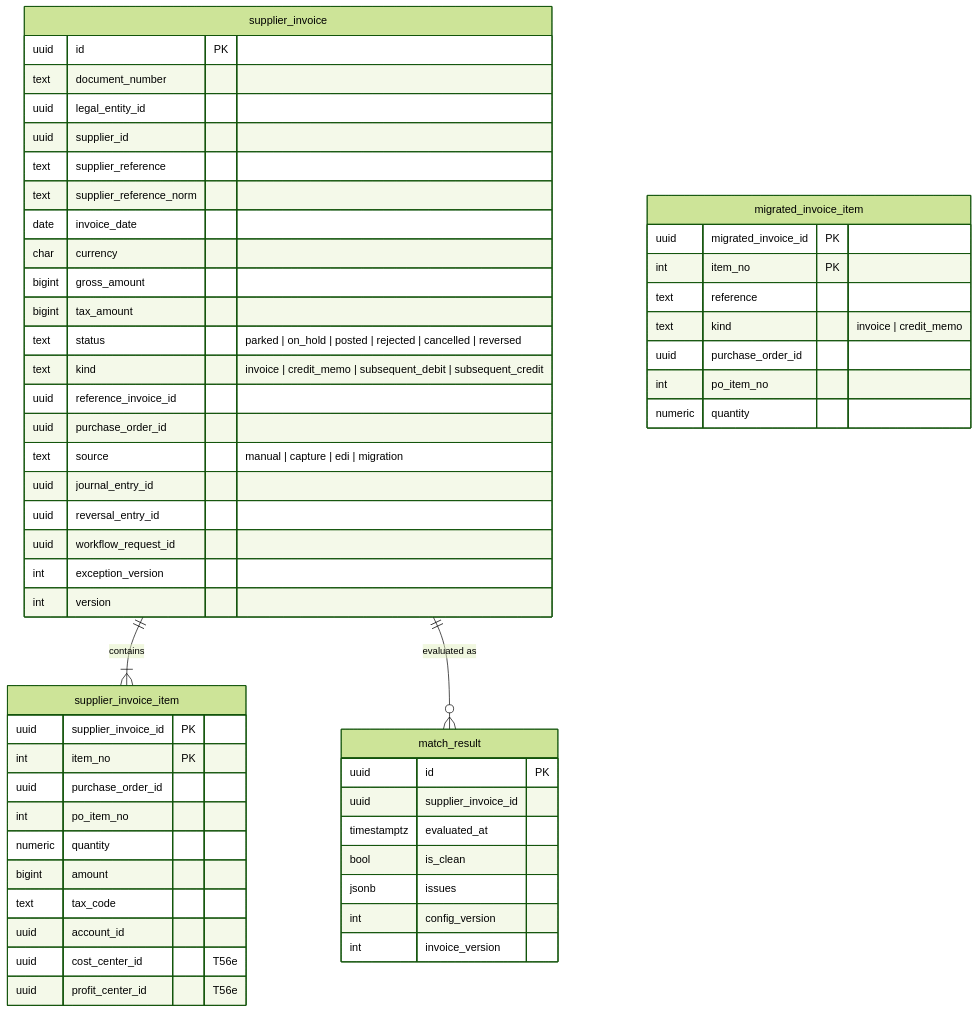
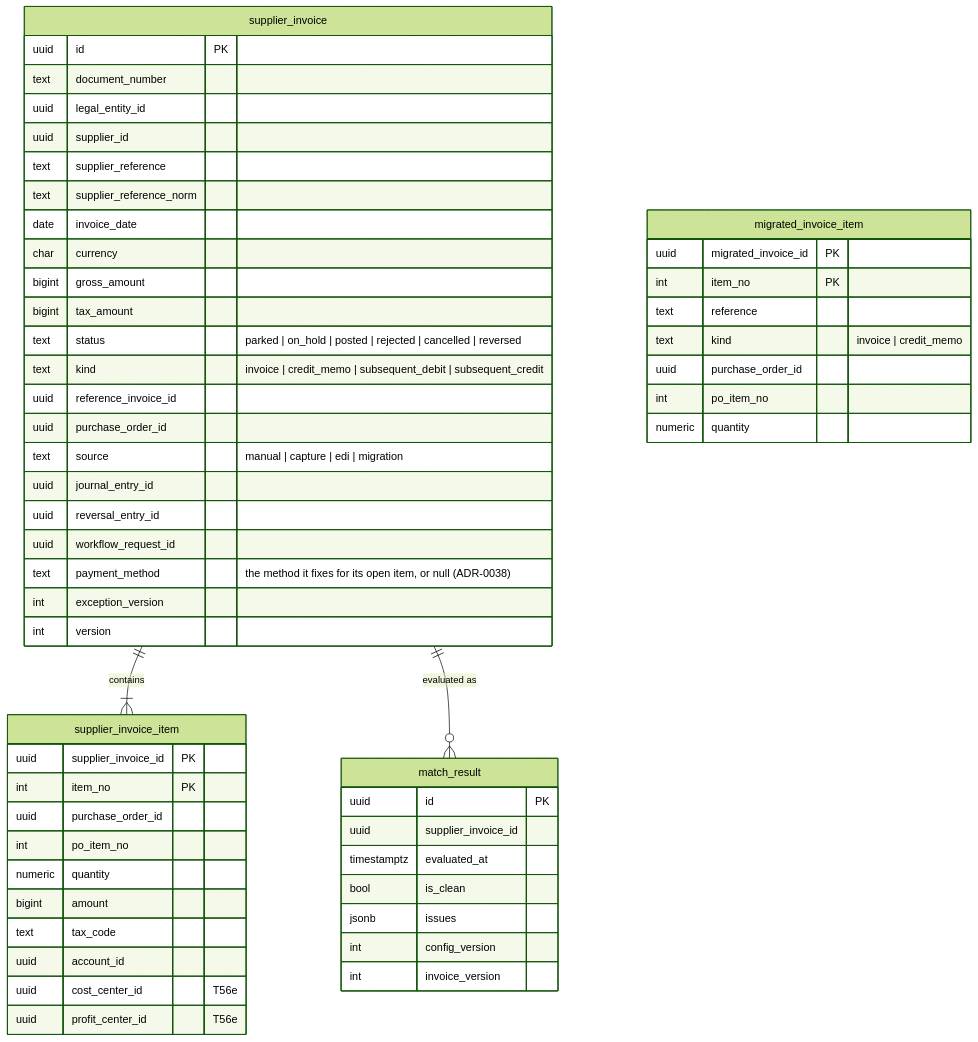
Before and after one commit to mustie7iy/agentic-erp: the seventh of 13 diagrams in docs/design/03-data-model.md, drawn with Mermaid (forest theme). The commit also changed other lines of this file and 48 other files, not shown here.

````diff
--- a/docs/design/03-data-model.md
+++ b/docs/design/03-data-model.md
@@ -1729,49 +1736,50 @@
 ```mermaid
 erDiagram
   supplier_invoice ||--|{ supplier_invoice_item : contains
   supplier_invoice ||--o{ match_result : "evaluated as"
   supplier_invoice { uuid id PK
     text document_number
     uuid legal_entity_id
     uuid supplier_id
     text supplier_reference
     text supplier_reference_norm
     date invoice_date
     char currency
     bigint gross_amount
     bigint tax_amount
     text status "parked | on_hold | posted | rejected | cancelled | reversed"
     text kind "invoice | credit_memo | subsequent_debit | subsequent_credit"
     uuid reference_invoice_id
     uuid purchase_order_id
     text source "manual | capture | edi | migration"
     uuid journal_entry_id
     uuid reversal_entry_id
     uuid workflow_request_id
+    text payment_method "the method it fixes for its open item, or null (ADR-0038)"
     int exception_version
     int version }
   supplier_invoice_item { uuid supplier_invoice_id PK
     int item_no PK
     uuid purchase_order_id
     int po_item_no
     numeric quantity
     bigint amount
     text tax_code
     uuid account_id
     uuid cost_center_id "T56e"
     uuid profit_center_id "T56e" }
   migrated_invoice_item { uuid migrated_invoice_id PK
     int item_no PK
     text reference
     text kind "invoice | credit_memo"
     uuid purchase_order_id
     int po_item_no
     numeric quantity }
   match_result { uuid id PK
     uuid supplier_invoice_id
     timestamptz evaluated_at
     bool is_clean
     jsonb issues
     int config_version
     int invoice_version }
 ```
````
